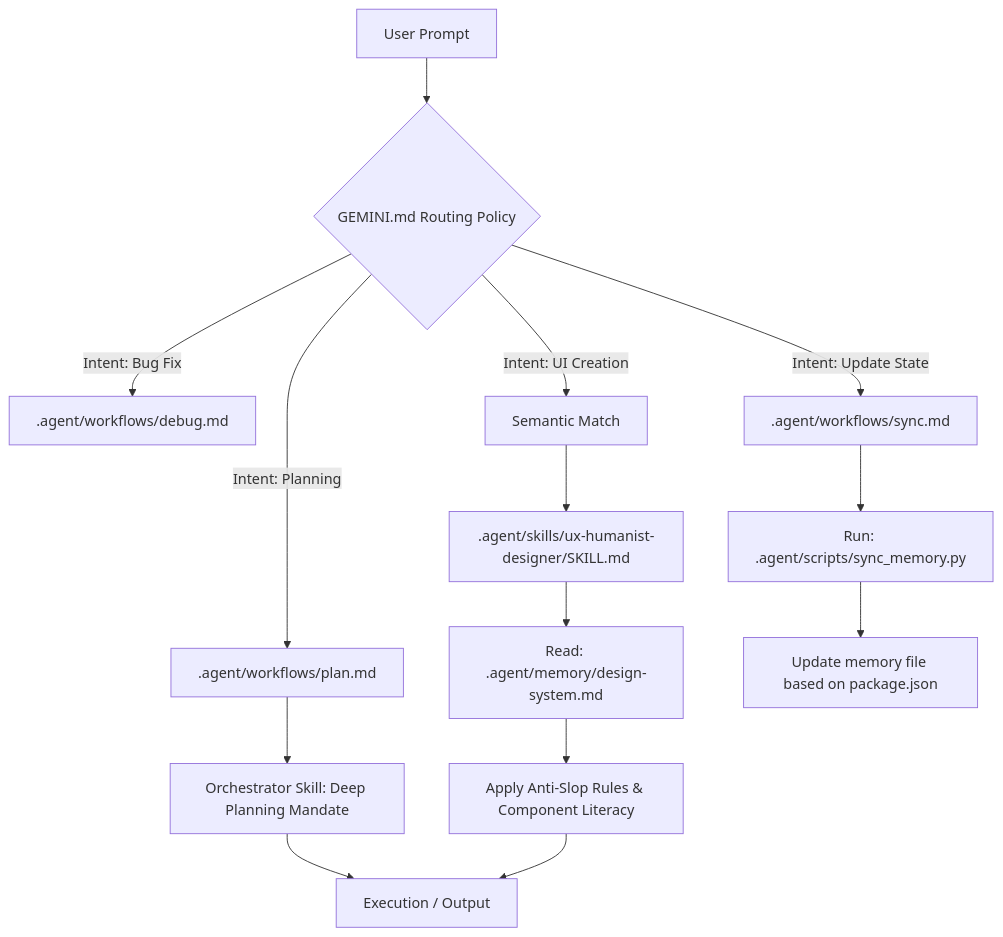
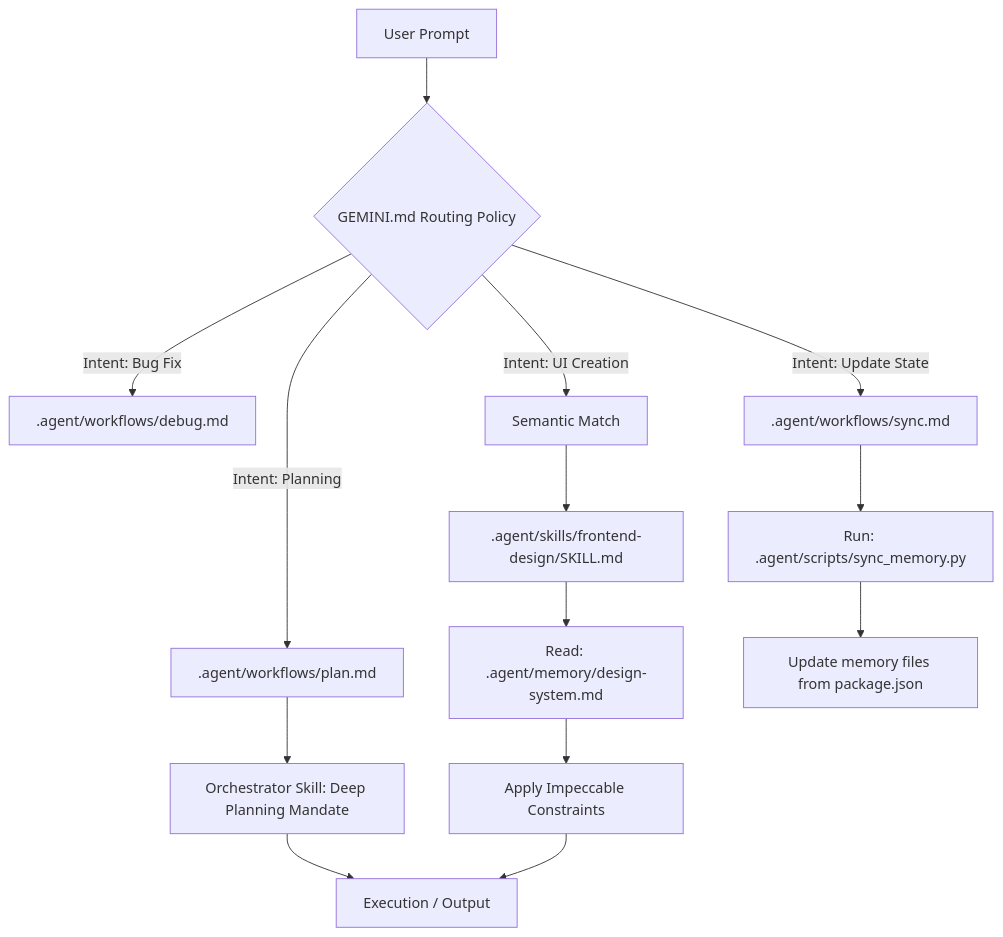
Before and after one commit to TudeOrangBiasa/zenithgravity-kit: the diagram in docs/ARCHITECTURE.md, drawn with Mermaid. The commit also changed other lines of this file and 61 other files, not shown here.

Commit message:
feat: integrate humanizer & impeccable skills, update docs, and enhance agent scripts

````diff
--- a/docs/ARCHITECTURE.md
+++ b/docs/ARCHITECTURE.md
@@ -40,20 +37,20 @@
 ```mermaid
 graph TD
     A[User Prompt] --> B{GEMINI.md Routing Policy}
 
     B -->|Intent: Planning| C[.agent/workflows/plan.md]
     B -->|Intent: Bug Fix| D[.agent/workflows/debug.md]
     B -->|Intent: Update State| E[.agent/workflows/sync.md]
     B -->|Intent: UI Creation| F[Semantic Match]
 
     C --> G[Orchestrator Skill: Deep Planning Mandate]
     G --> Z[Execution / Output]
 
-    F --> H[.agent/skills/ux-humanist-designer/SKILL.md]
+    F --> H[.agent/skills/frontend-design/SKILL.md]
     H --> I[Read: .agent/memory/design-system.md]
-    I --> J[Apply Anti-Slop Rules & Component Literacy]
+    I --> J[Apply Impeccable Constraints]
     J --> Z
 
     E --> K[Run: .agent/scripts/sync_memory.py]
-    K --> L[Update memory file based on package.json]
+    K --> L[Update memory files from package.json]
 ```
````
